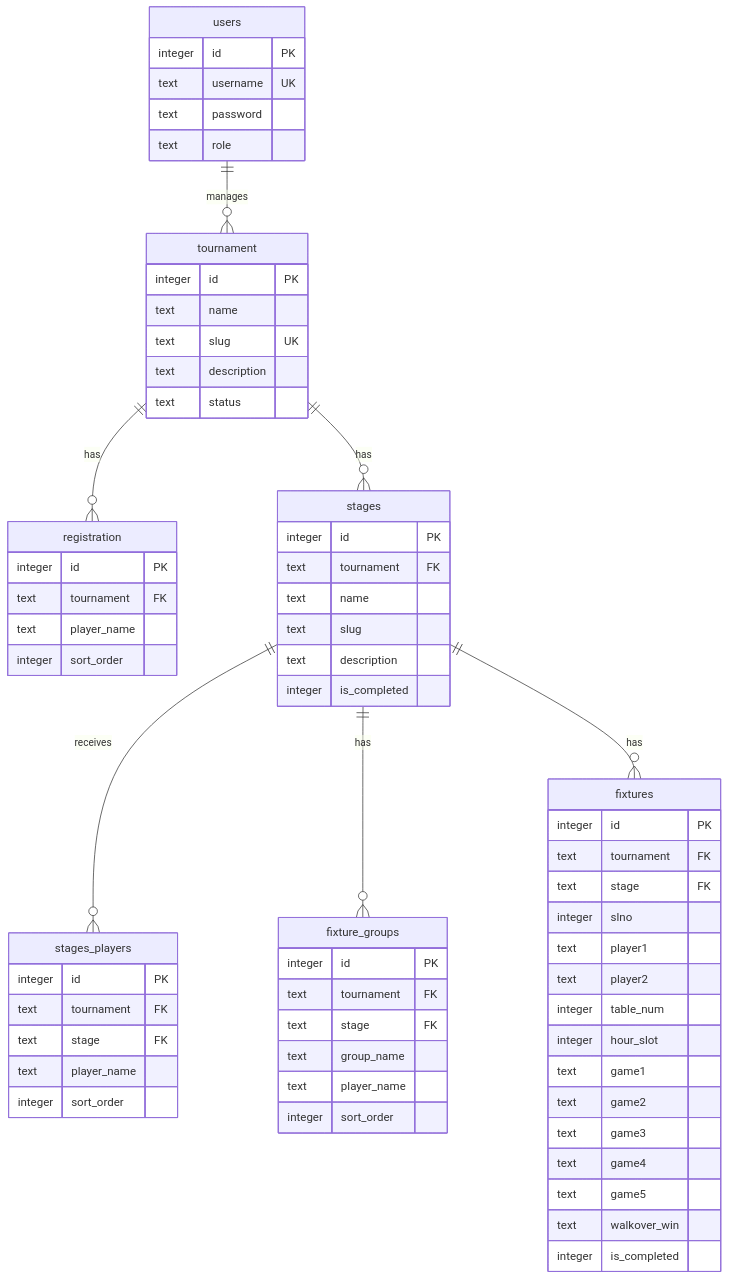
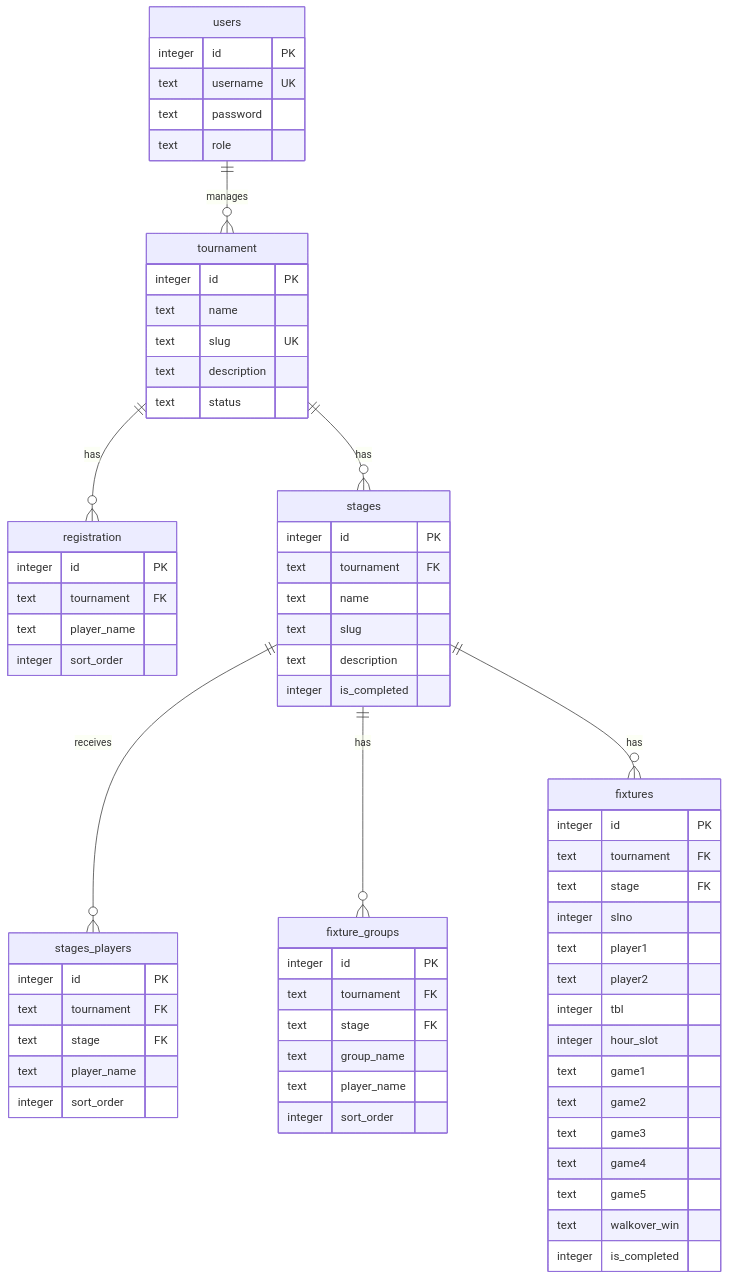
Before and after one commit to rsmoorthy/ttt: the diagram in docs/DESIGN.md, drawn with Mermaid. The commit also changed other lines of this file and 227 other files, not shown here.

````diff
--- a/docs/DESIGN.md
+++ b/docs/DESIGN.md
@@ -219,75 +218,75 @@
 ```mermaid
 erDiagram
     users ||--o{ tournament : manages
     tournament ||--o{ registration : has
     tournament ||--o{ stages : has
     stages ||--o{ stages_players : receives
     stages ||--o{ fixture_groups : has
     stages ||--o{ fixtures : has
 
     users {
         integer id PK
         text username UK
         text password
         text role
     }
 
     tournament {
         integer id PK
         text name
         text slug UK
         text description
         text status
     }
 
     registration {
         integer id PK
         text tournament FK
         text player_name
         integer sort_order
     }
 
     stages {
         integer id PK
         text tournament FK
         text name
         text slug
         text description
         integer is_completed
     }
 
     stages_players {
         integer id PK
         text tournament FK
         text stage FK
         text player_name
         integer sort_order
     }
 
     fixture_groups {
         integer id PK
         text tournament FK
         text stage FK
         text group_name
         text player_name
         integer sort_order
     }
 
     fixtures {
         integer id PK
         text tournament FK
         text stage FK
         integer slno
         text player1
         text player2
-        integer table_num
+        integer tbl
         integer hour_slot
         text game1
         text game2
         text game3
         text game4
         text game5
         text walkover_win
         integer is_completed
     }
 ```
````
